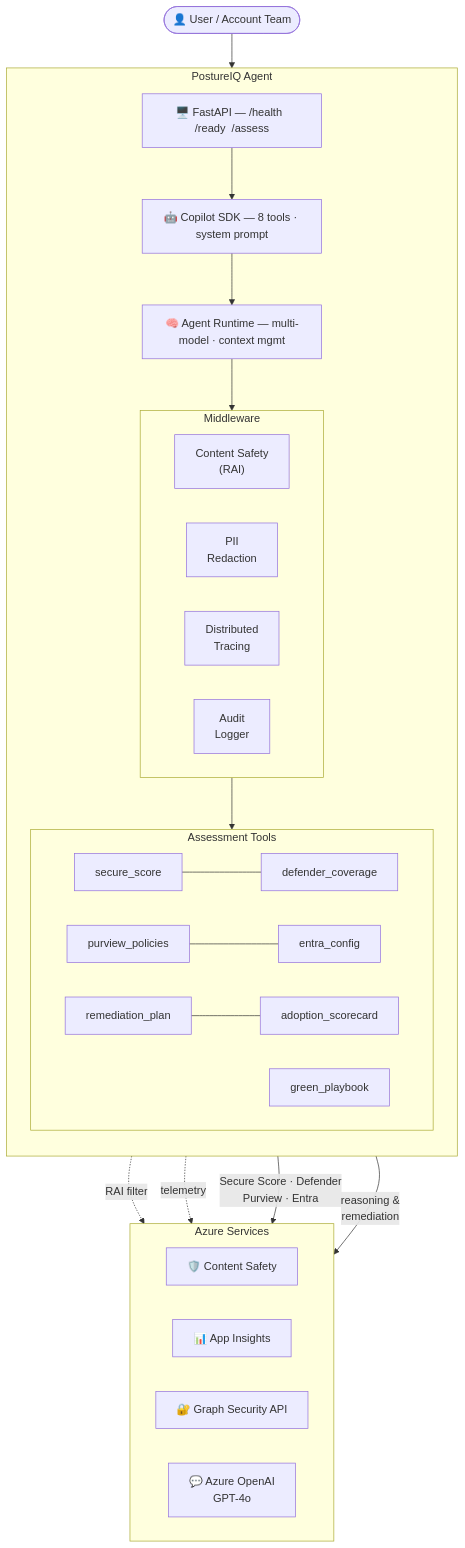
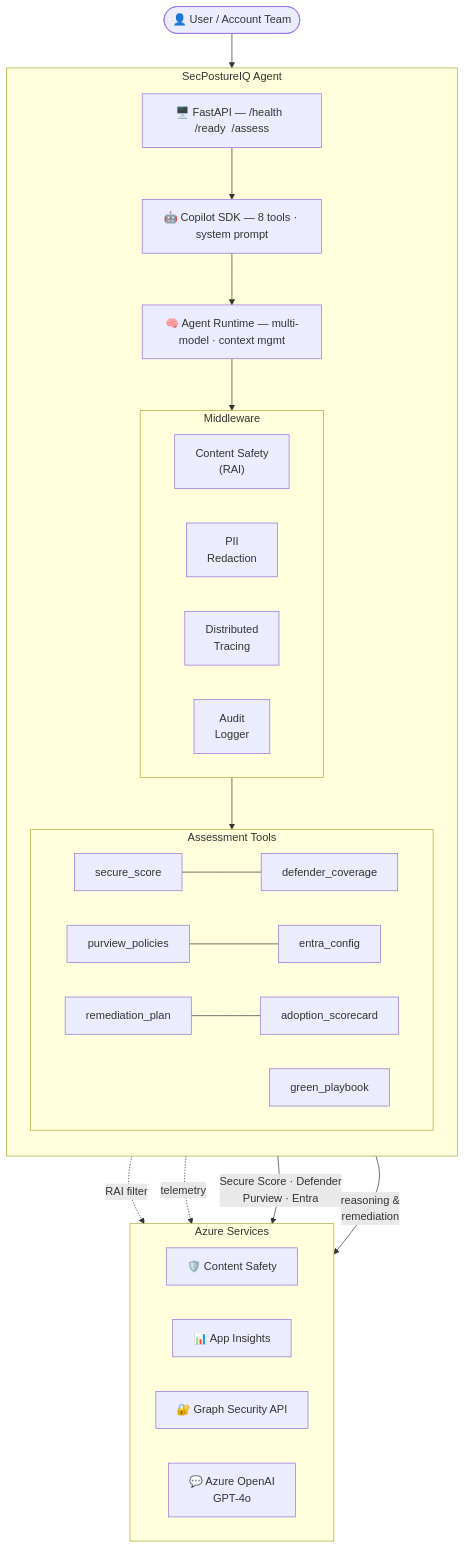
One commit to 9owlsboston/posture-iq changed the first of 3 diagrams in docs/architecture.md. Above: the diagram before and after it, drawn with Mermaid. The commit also changed other lines of this file and 85 other files, not shown here.

First line of the commit message:
chore: rebrand PostureIQ → SecPostureIQ

````diff
--- a/docs/architecture.md
+++ b/docs/architecture.md
@@ -5,45 +5,45 @@
 ```mermaid
 flowchart TB
     User(["👤 User / Account Team"])
 
-    subgraph AGENT ["PostureIQ Agent"]
+    subgraph AGENT ["SecPostureIQ Agent"]
         direction TB
         API["🖥️ FastAPI — /health  /ready  /assess"]
         SDK["🤖 Copilot SDK — 8 tools · system prompt"]
         RT["🧠 Agent Runtime — multi-model · context mgmt"]
 
         API --> SDK --> RT
 
         subgraph MW ["Middleware"]
             direction LR
             CS_MW["Content Safety\n(RAI)"]
             PII["PII\nRedaction"]
             TR["Distributed\nTracing"]
             AL["Audit\nLogger"]
         end
 
         subgraph TOOLS ["Assessment Tools"]
             direction LR
             T1["secure_score"] --- T2["defender_coverage"]
             T3["purview_policies"] --- T4["entra_config"]
             T5["remediation_plan"] --- T6["adoption_scorecard"]
             T7["green_playbook"]
         end
 
         RT --> MW --> TOOLS
     end
 
     subgraph AZURE ["Azure Services"]
         direction LR
         CSAPI["🛡️ Content Safety"]
         APPINS["📊 App Insights"]
         GRAPH["🔐 Graph Security API"]
         OPENAI["💬 Azure OpenAI\nGPT-4o"]
     end
 
     User --> API
     MW -.->|"RAI filter"| CSAPI
     MW -.->|"telemetry"| APPINS
     TOOLS -->|"Secure Score · Defender\nPurview · Entra"| GRAPH
     TOOLS -->|"reasoning &\nremediation"| OPENAI
 ```
````
